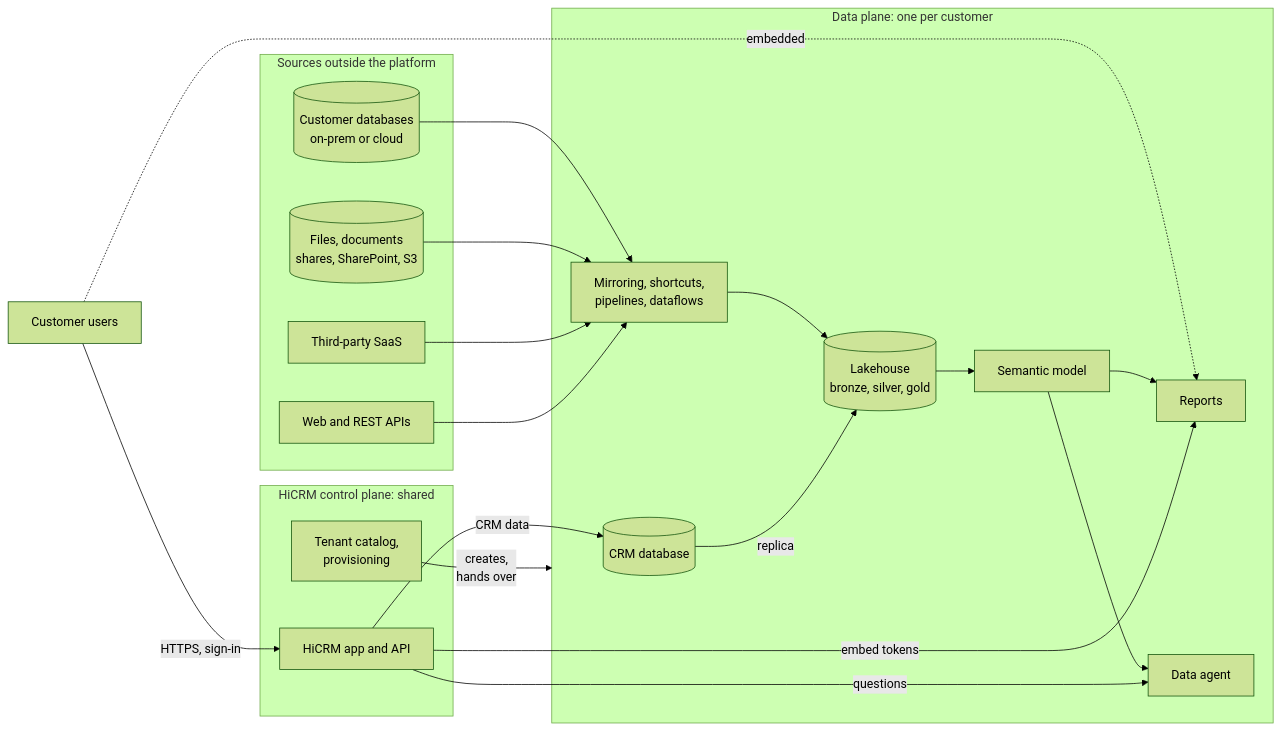
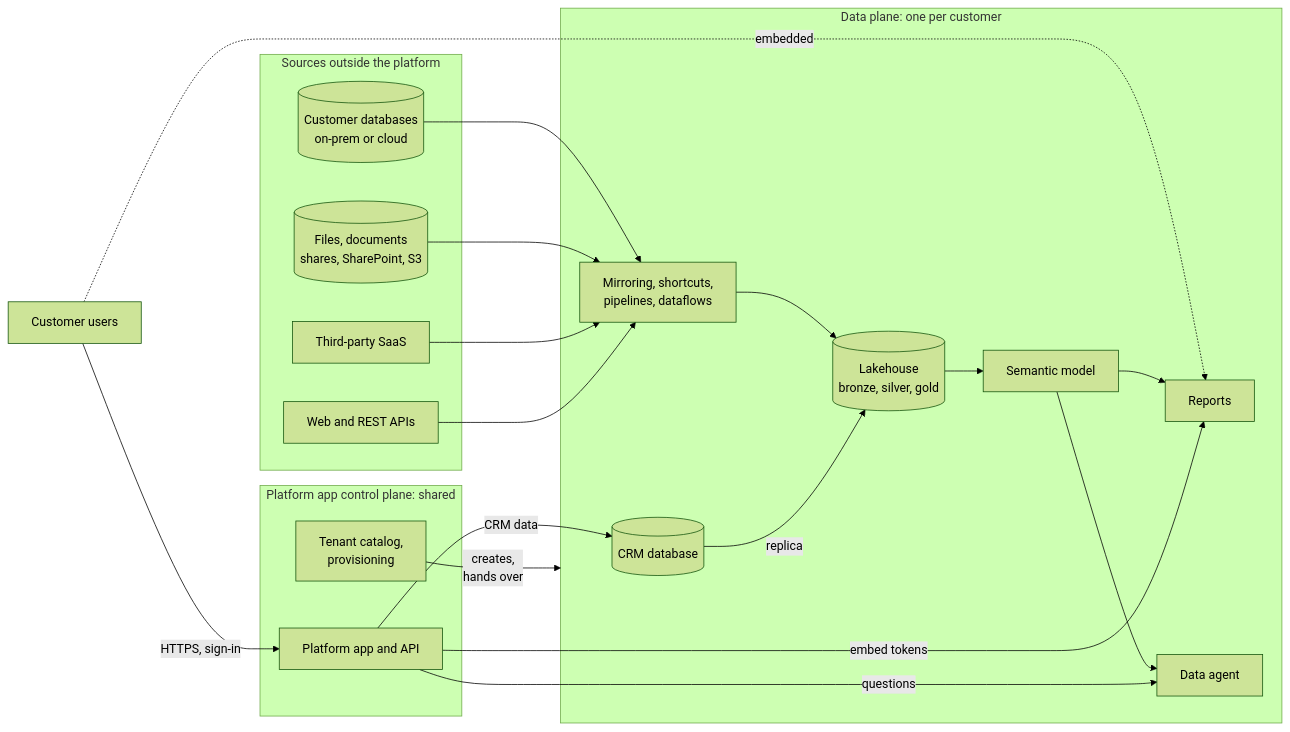
Before and after one commit to apkola29/fabric: the first of 11 diagrams in saas-platform/DEPLOYMENT-ARCHITECTURES.md, drawn with Mermaid (forest theme). The commit also changed other lines of this file and 72 other files, not shown here.

First line of the commit message:
saas-platform: rename HiCRM to the platform app; official Fabric icons

````diff
--- a/saas-platform/DEPLOYMENT-ARCHITECTURES.md
+++ b/saas-platform/DEPLOYMENT-ARCHITECTURES.md
@@ -28,37 +28,37 @@
 ```mermaid
 flowchart LR
   subgraph SRC["Sources outside the platform"]
     CDB[("Customer databases<br/>on-prem or cloud")]
     FILES[("Files, documents<br/>shares, SharePoint, S3")]
     SAAS["Third-party SaaS"]
     WEB["Web and REST APIs"]
   end
-  subgraph CP["HiCRM control plane: shared"]
-    APP["HiCRM app and API"]
+  subgraph CP["Platform app control plane: shared"]
+    APP["Platform app and API"]
     PROV["Tenant catalog,<br/>provisioning"]
   end
   subgraph DP["Data plane: one per customer"]
     OLTP[("CRM database")]
     ING["Mirroring, shortcuts,<br/>pipelines, dataflows"]
     LAKE[("Lakehouse<br/>bronze, silver, gold")]
     SM["Semantic model"]
     RPT["Reports"]
     AG["Data agent"]
   end
   USERS["Customer users"]
   USERS -->|"HTTPS, sign-in"| APP
   USERS -.->|"embedded"| RPT
   APP -->|"CRM data"| OLTP
   CDB --> ING
   FILES --> ING
   SAAS --> ING
   WEB --> ING
   ING --> LAKE
   OLTP -->|"replica"| LAKE
   LAKE --> SM
   SM --> RPT
   SM --> AG
   APP -->|"embed tokens"| RPT
   APP -->|"questions"| AG
   PROV -->|"creates,<br/>hands over"| DP
 ```
````
